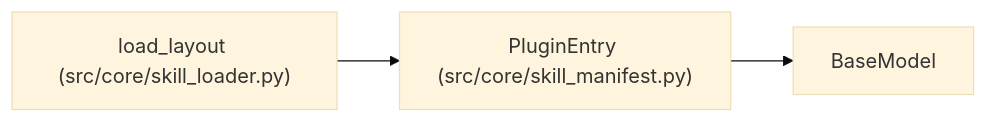
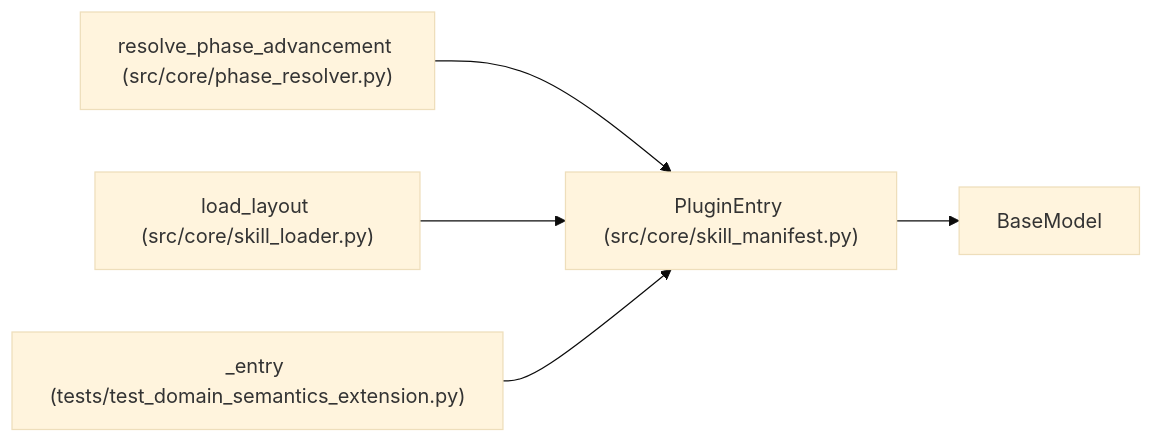
The diagram in docs/llm_wiki/entities/PluginEntry.md (Denissvgn/autoresearch-agent), drawn with Mermaid (base theme) before and after one commit. The commit also changed other lines of this file and 1033 other files, not shown here.

````diff
--- a/docs/llm_wiki/entities/PluginEntry.md
+++ b/docs/llm_wiki/entities/PluginEntry.md
@@ -39,10 +39,16 @@
 ```mermaid
 flowchart LR
     n0["PluginEntry (src/core/skill_manifest.py)"]
     n1["BaseModel"]
-    n2["load_layout (src/core/skill_loader.py)"]
+    n2["resolve_phase_advancement (src/core/phase_resolver.py)"]
+    n3["load_layout (src/core/skill_loader.py)"]
+    n4["_entry (tests/test_domain_semantics_extension.py)"]
     n0 --> n1
     n2 --> n0
+    n3 --> n0
+    n4 --> n0
     click n0 "../modules/skill_manifest.md"
-    click n2 "../modules/skill_loader.md"
+    click n2 "../modules/phase_resolver.md"
+    click n3 "../modules/skill_loader.md"
+    click n4 "../modules/test_domain_semantics_extension.md"
 ```
````
